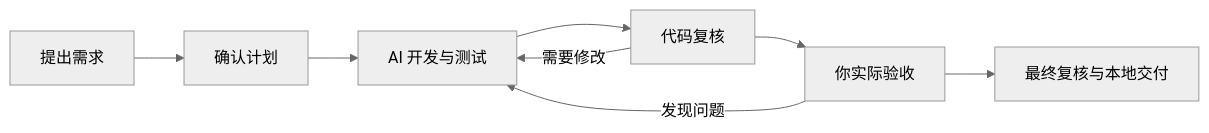
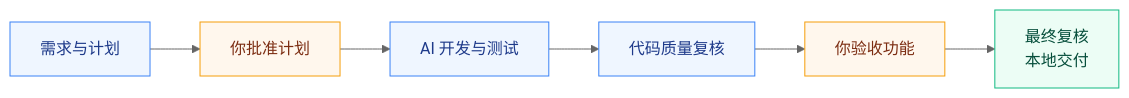
The diagram in README.md (zephyrw/dev-flow), drawn with Mermaid (neutral theme) before and after one commit. The commit also changed other lines of this file and 4 other files, not shown here.

````diff
--- a/README.md
+++ b/README.md
@@ -57,10 +11,15 @@
 ```mermaid
 flowchart LR
-    A[提出需求] --> B[确认计划]
-    B --> C[AI 开发与测试]
-    C --> D[代码复核]
-    D -->|需要修改| C
-    D --> E[你实际验收]
-    E -->|发现问题| C
-    E --> F[最终复核与本地交付]
+    A["需求与计划"] --> B["你批准计划"]
+    B --> C["AI 开发与测试"]
+    C --> D["代码质量复核"]
+    D --> E["你验收功能"]
+    E --> F["最终复核<br/>本地交付"]
+
+    classDef agent fill:#eff6ff,stroke:#3b82f6,color:#1e3a8a
+    classDef human fill:#fff7ed,stroke:#f59e0b,color:#7c2d12
+    classDef delivery fill:#ecfdf5,stroke:#10b981,color:#064e3b
+    class A,C,D agent
+    class B,E human
+    class F delivery
 ```
````
